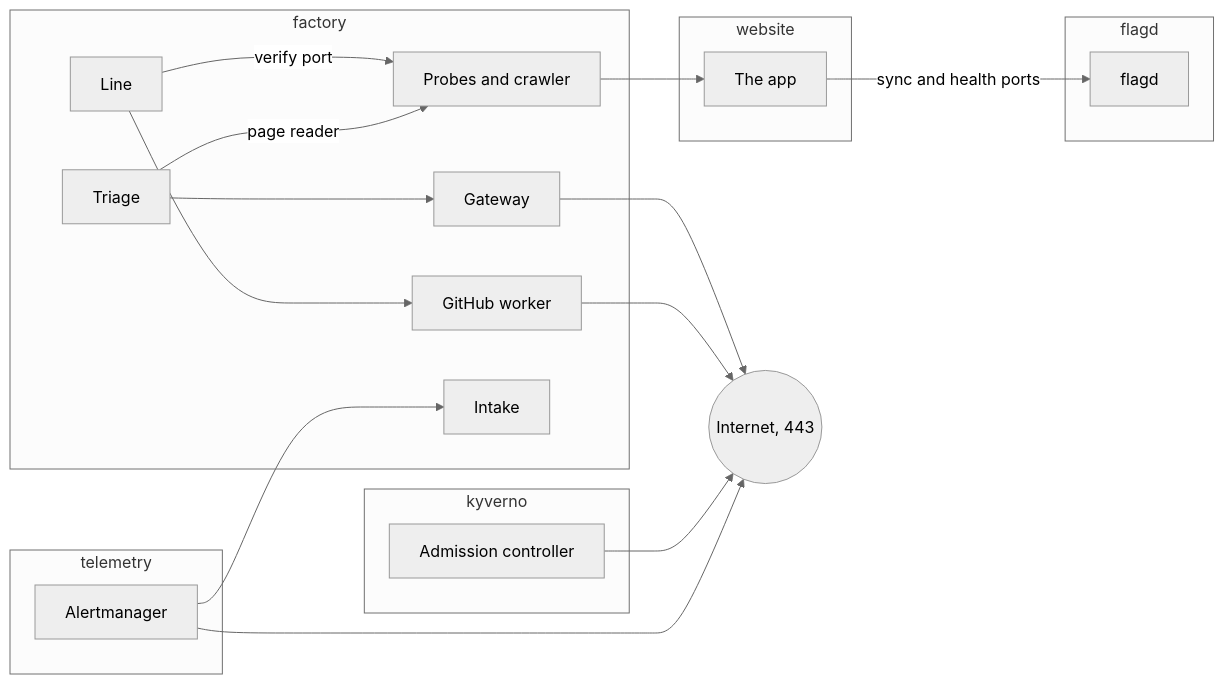
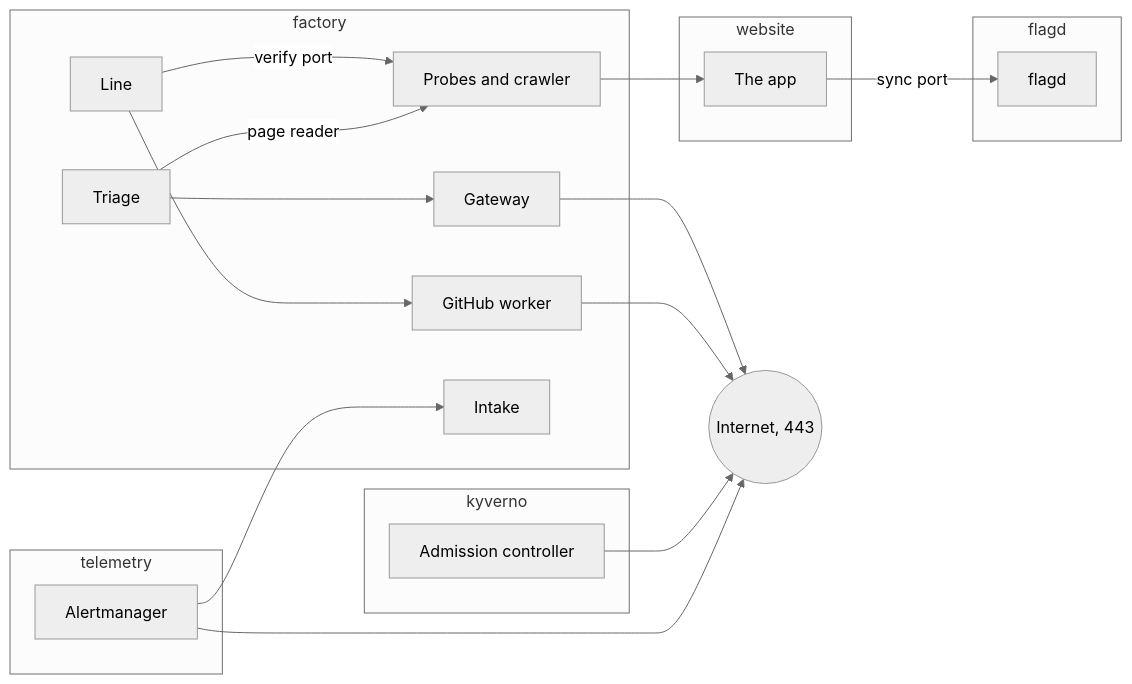
The diagram in docs/COMPONENTS/NETWORK-POLICIES.md (mrogan/cv-software-factory), drawn with Mermaid (neutral theme) before and after one commit. The commit also changed other lines of this file and 9 other files, not shown here.

````diff
--- a/docs/COMPONENTS/NETWORK-POLICIES.md
+++ b/docs/COMPONENTS/NETWORK-POLICIES.md
@@ -10,35 +10,35 @@
 ```mermaid
 flowchart LR
   subgraph factory
     gateway[Gateway]
     worker[GitHub worker]
     line[Line]
     triage[Triage]
     probes[Probes and crawler]
     intake[Intake]
   end
   subgraph kyverno
     admission[Admission controller]
   end
   subgraph website
     app[The app]
   end
   subgraph flagd
     flagdpod[flagd]
   end
   subgraph telemetry
     alertmanager[Alertmanager]
   end
   internet((Internet, 443))
   gateway --> internet
   worker --> internet
   admission --> internet
   alertmanager --> internet
   alertmanager --> intake
   triage --> gateway
   line --> worker
   line -- verify port --> probes
   triage -- page reader --> probes
   probes --> app
-  app -- sync and health ports --> flagdpod
+  app -- sync port --> flagdpod
 ```
````
